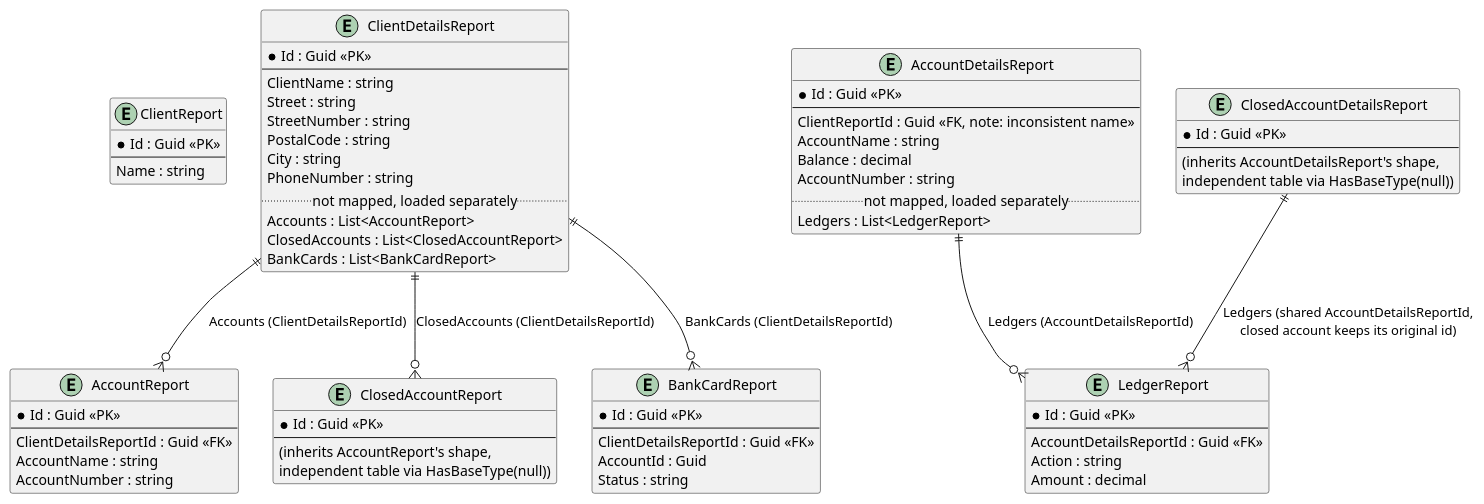
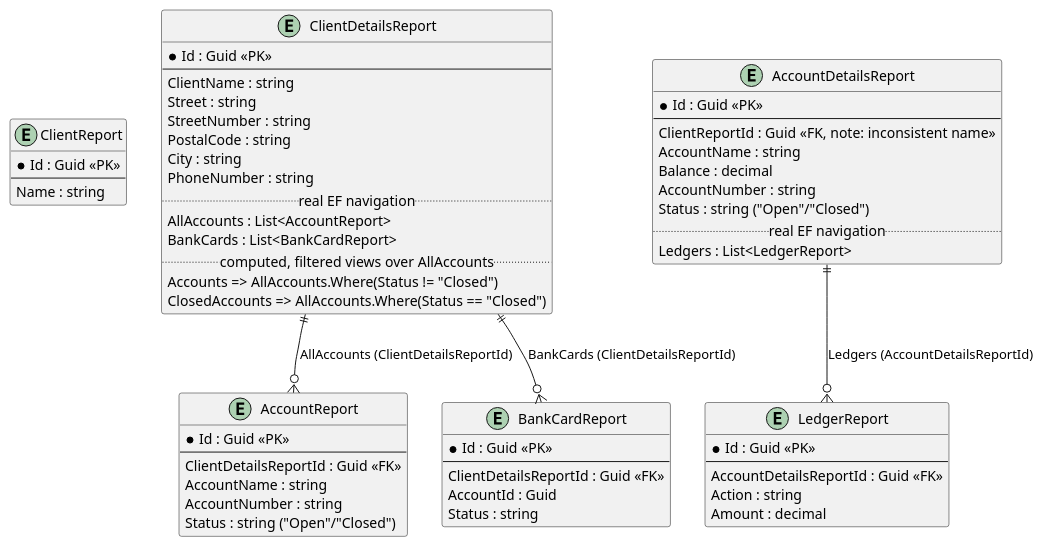
The first of 2 diagrams in docs/08-reporting-read-models.md (Mwwhited-BookLearning/fohjin-cqrs), drawn with PlantUML before and after one commit. The commit also changed other lines of this file and 47 other files, not shown here.

````diff
--- a/docs/08-reporting-read-models.md
+++ b/docs/08-reporting-read-models.md
@@ -18,70 +18,62 @@
 ```plantuml
 @startuml
 entity ClientReport {
   * Id : Guid <<PK>>
   --
   Name : string
 }
 entity ClientDetailsReport {
   * Id : Guid <<PK>>
   --
   ClientName : string
   Street : string
   StreetNumber : string
   PostalCode : string
   City : string
   PhoneNumber : string
-  .. not mapped, loaded separately ..
-  Accounts : List<AccountReport>
-  ClosedAccounts : List<ClosedAccountReport>
+  .. real EF navigation ..
+  AllAccounts : List<AccountReport>
   BankCards : List<BankCardReport>
+  .. computed, filtered views over AllAccounts ..
+  Accounts => AllAccounts.Where(Status != "Closed")
+  ClosedAccounts => AllAccounts.Where(Status == "Closed")
 }
 entity AccountReport {
   * Id : Guid <<PK>>
   --
   ClientDetailsReportId : Guid <<FK>>
   AccountName : string
   AccountNumber : string
+  Status : string ("Open"/"Closed")
 }
 entity AccountDetailsReport {
   * Id : Guid <<PK>>
   --
   ClientReportId : Guid <<FK, note: inconsistent name>>
   AccountName : string
   Balance : decimal
   AccountNumber : string
-  .. not mapped, loaded separately ..
+  Status : string ("Open"/"Closed")
+  .. real EF navigation ..
   Ledgers : List<LedgerReport>
-}
-entity ClosedAccountReport {
-  * Id : Guid <<PK>>
-  --
-  (inherits AccountReport's shape,\nindependent table via HasBaseType(null))
-}
-entity ClosedAccountDetailsReport {
-  * Id : Guid <<PK>>
-  --
-  (inherits AccountDetailsReport's shape,\nindependent table via HasBaseType(null))
 }
 entity LedgerReport {
   * Id : Guid <<PK>>
   --
   AccountDetailsReportId : Guid <<FK>>
   Action : string
   Amount : decimal
 }
 entity BankCardReport {
   * Id : Guid <<PK>>
   --
   ClientDetailsReportId : Guid <<FK>>
   AccountId : Guid
   Status : string
 }
 
-ClientDetailsReport ||--o{ AccountReport : "Accounts (ClientDetailsReportId)"
-ClientDetailsReport ||--o{ ClosedAccountReport : "ClosedAccounts (ClientDetailsReportId)"
+ClientDetailsReport ||--o{ AccountReport : "AllAccounts (ClientDetailsReportId)"
 ClientDetailsReport ||--o{ BankCardReport : "BankCards (ClientDetailsReportId)"
 AccountDetailsReport ||--o{ LedgerReport : "Ledgers (AccountDetailsReportId)"
-ClosedAccountDetailsReport ||--o{ LedgerReport : "Ledgers (shared AccountDetailsReportId,\nclosed account keeps its original id)"
 @enduml
 ```
````
